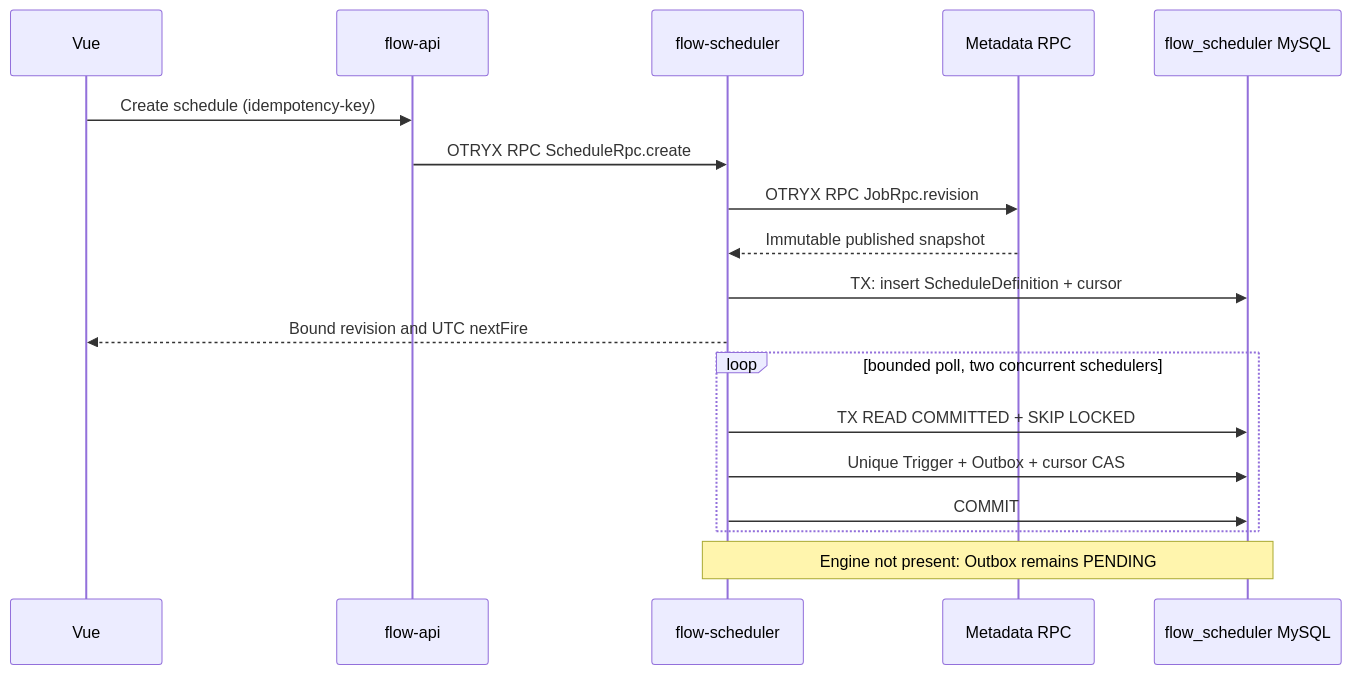
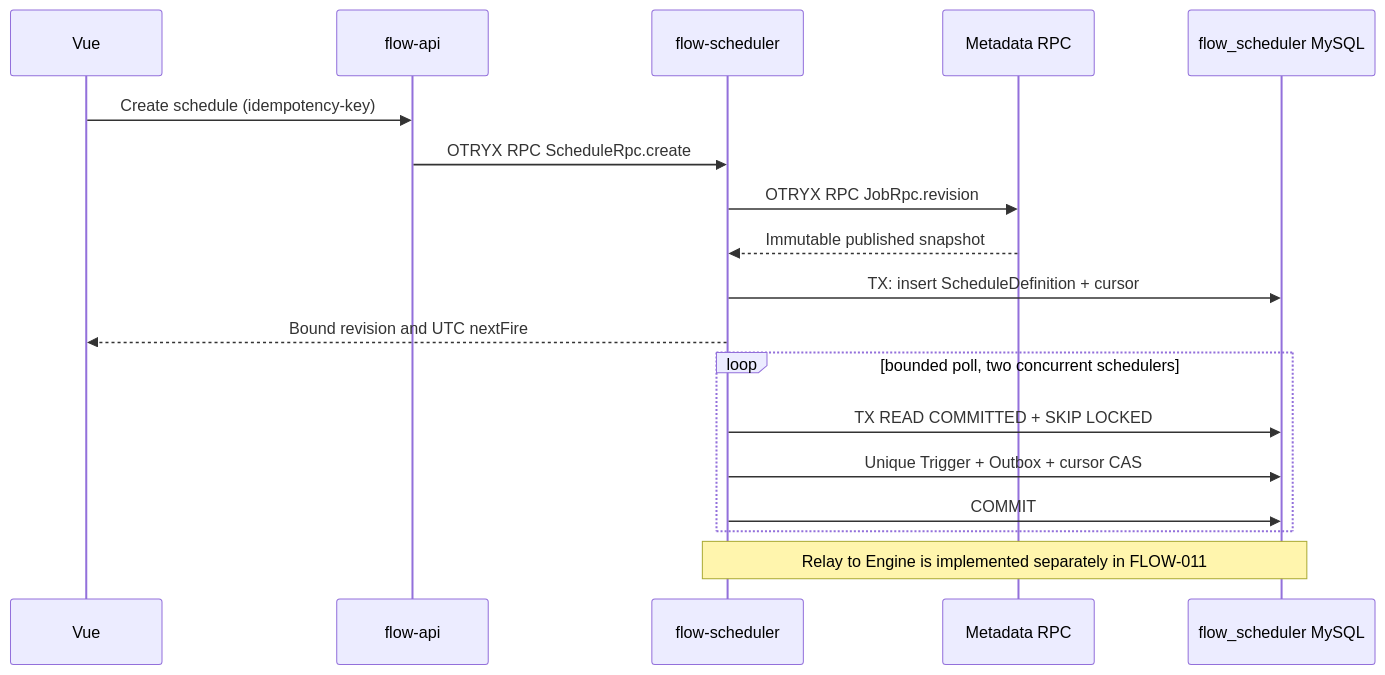
One commit to Ryan-Guizhou/otryx-flow changed the diagram in docs/03-design/m2-scheduler-implementation.md. Above: the diagram before and after it, drawn with Mermaid. The commit also changed other lines of this file and 36 other files, not shown here.

Commit message:
feat(m2): durable Engine Inbox and Scheduler outbox relay (#6)

````diff
--- a/docs/03-design/m2-scheduler-implementation.md
+++ b/docs/03-design/m2-scheduler-implementation.md
@@ -11,20 +11,20 @@
 ```mermaid
 sequenceDiagram
     participant UI as Vue
     participant API as flow-api
     participant S as flow-scheduler
     participant M as Metadata RPC
     participant DB as flow_scheduler MySQL
     UI->>API: Create schedule (idempotency-key)
     API->>S: OTRYX RPC ScheduleRpc.create
     S->>M: OTRYX RPC JobRpc.revision
     M-->>S: Immutable published snapshot
     S->>DB: TX: insert ScheduleDefinition + cursor
     S-->>UI: Bound revision and UTC nextFire
     loop bounded poll, two concurrent schedulers
       S->>DB: TX READ COMMITTED + SKIP LOCKED
       S->>DB: Unique Trigger + Outbox + cursor CAS
       S->>DB: COMMIT
     end
-    Note over S,DB: Engine not present: Outbox remains PENDING
+    Note over S,DB: Relay to Engine is implemented separately in FLOW-011
 ```
````
